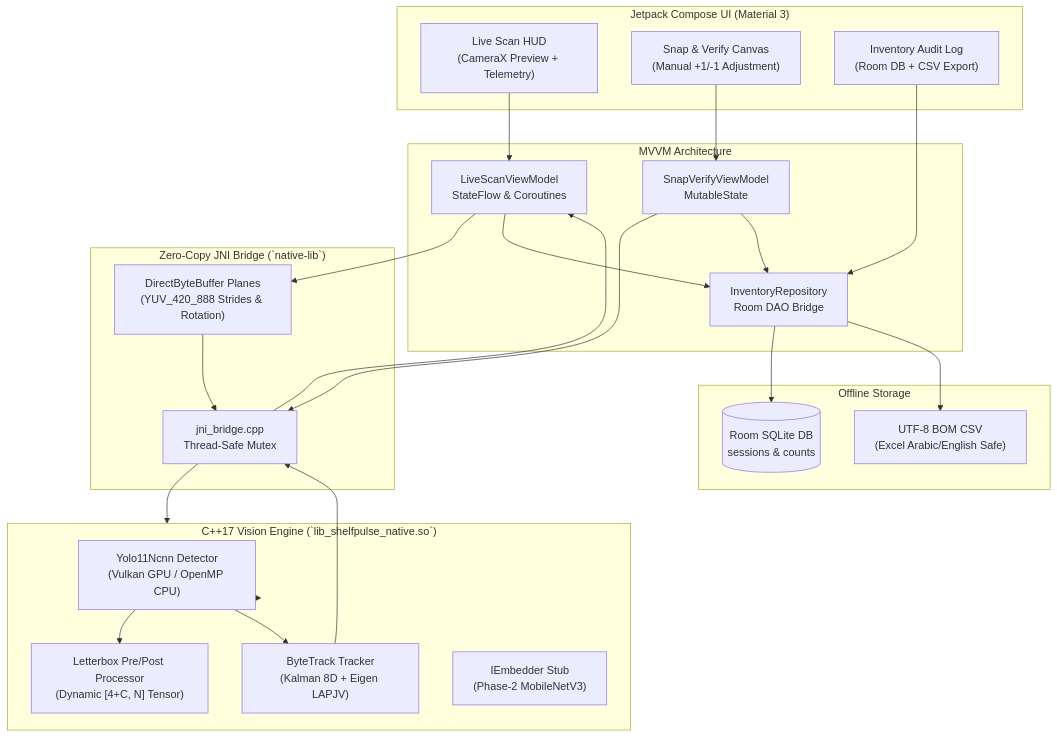
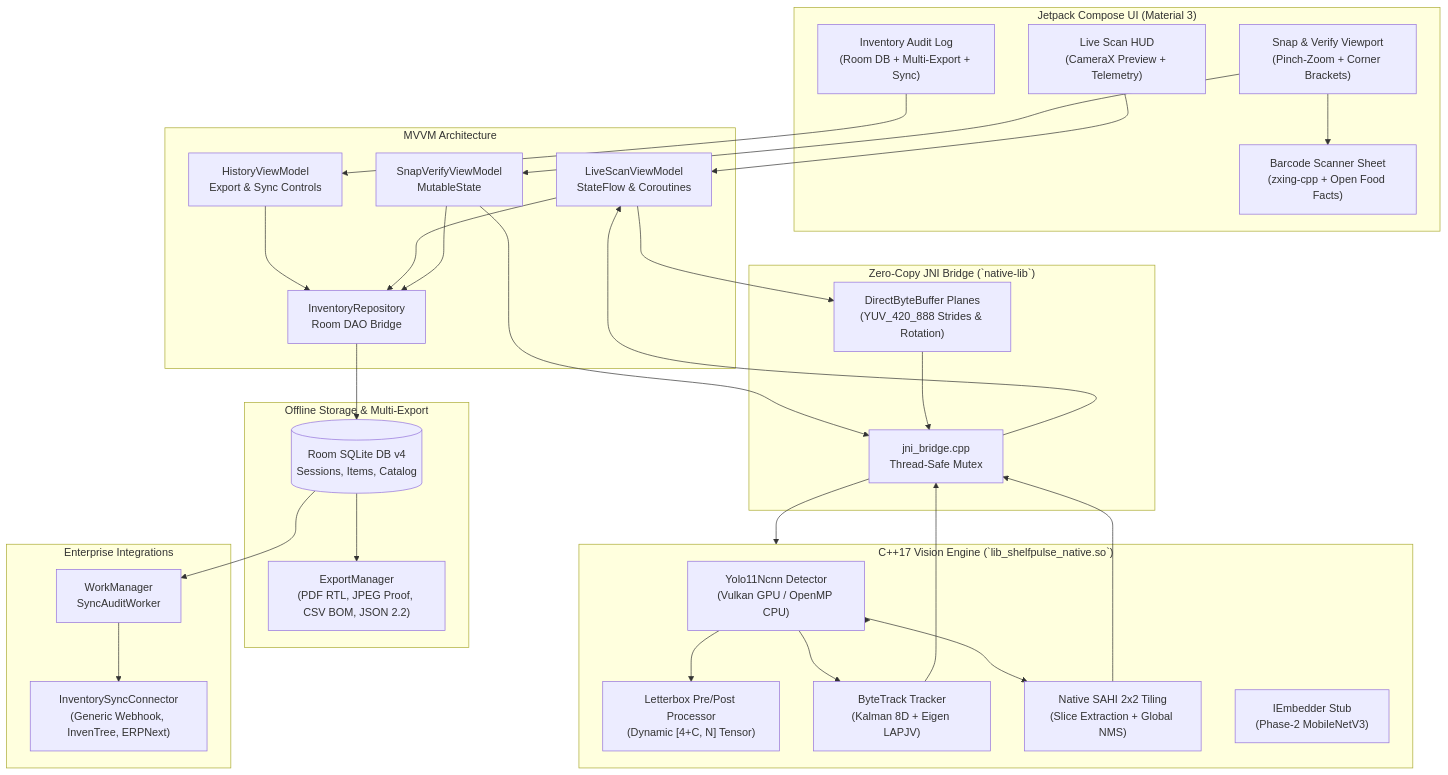
One commit to tahadeab-ai/shelf-pulse-ai changed the first of 3 diagrams in docs/ARCHITECTURE.md. Above: the diagram before and after it, drawn with Mermaid. The commit also changed other lines of this file and 22 other files, not shown here.

Commit message:
feat(sync,docs): add pluggable ERP/webhook connectors, WorkManager offline queue & model card (v2.2.0)

````diff
--- a/docs/ARCHITECTURE.md
+++ b/docs/ARCHITECTURE.md
@@ -9,48 +9,62 @@
 ```mermaid
 flowchart TD
     subgraph UI ["Jetpack Compose UI (Material 3)"]
         LiveScan["Live Scan HUD<br/>(CameraX Preview + Telemetry)"]
-        SnapVerify["Snap & Verify Canvas<br/>(Manual +1/-1 Adjustment)"]
-        History["Inventory Audit Log<br/>(Room DB + CSV Export)"]
+        SnapVerify["Snap & Verify Viewport<br/>(Pinch-Zoom + Corner Brackets)"]
+        BarcodeSheet["Barcode Scanner Sheet<br/>(zxing-cpp + Open Food Facts)"]
+        History["Inventory Audit Log<br/>(Room DB + Multi-Export + Sync)"]
     end
 
     subgraph State ["MVVM Architecture"]
         LiveVM["LiveScanViewModel<br/>StateFlow & Coroutines"]
         SnapVM["SnapVerifyViewModel<br/>MutableState"]
+        HistoryVM["HistoryViewModel<br/>Export & Sync Controls"]
         Repo["InventoryRepository<br/>Room DAO Bridge"]
     end
 
     subgraph JNI ["Zero-Copy JNI Bridge (`native-lib`)"]
         DirectBuf["DirectByteBuffer Planes<br/>(YUV_420_888 Strides & Rotation)"]
         JniBridge["jni_bridge.cpp<br/>Thread-Safe Mutex"]
     end
 
     subgraph NativeEngine ["C++17 Vision Engine (`lib_shelfpulse_native.so`)"]
         Yolo["Yolo11Ncnn Detector<br/>(Vulkan GPU / OpenMP CPU)"]
         Letterbox["Letterbox Pre/Post Processor<br/>(Dynamic [4+C, N] Tensor)"]
         ByteTrack["ByteTrack Tracker<br/>(Kalman 8D + Eigen LAPJV)"]
+        SAHI["Native SAHI 2x2 Tiling<br/>(Slice Extraction + Global NMS)"]
         Embedder["IEmbedder Stub<br/>(Phase-2 MobileNetV3)"]
     end
 
-    subgraph Persistence ["Offline Storage"]
-        RoomDB[("Room SQLite DB<br/>sessions & counts")]
-        CSV["UTF-8 BOM CSV<br/>(Excel Arabic/English Safe)"]
+    subgraph Persistence ["Offline Storage & Multi-Export"]
+        RoomDB[("Room SQLite DB v4<br/>Sessions, Items, Catalog")]
+        Exporter["ExportManager<br/>(PDF RTL, JPEG Proof, CSV BOM, JSON 2.2)"]
+    end
+
+    subgraph EnterpriseSync ["Enterprise Integrations"]
+        WorkMgr["WorkManager<br/>SyncAuditWorker"]
+        Connectors["InventorySyncConnector<br/>(Generic Webhook, InvenTree, ERPNext)"]
     end
 
     LiveScan --> LiveVM
     SnapVerify --> SnapVM
-    History --> Repo
+    SnapVerify --> BarcodeSheet
+    History --> HistoryVM
+    HistoryVM --> Repo
     LiveVM --> DirectBuf
     SnapVM --> JniBridge
     DirectBuf --> JniBridge
     JniBridge --> NativeEngine
     NativeEngine --> Yolo
     Yolo --> Letterbox
     Yolo --> ByteTrack
+    Yolo --> SAHI
     ByteTrack --> JniBridge
+    SAHI --> JniBridge
     JniBridge --> LiveVM
     LiveVM --> Repo
     SnapVM --> Repo
     Repo --> RoomDB
-    Repo --> CSV
+    RoomDB --> Exporter
+    RoomDB --> WorkMgr
+    WorkMgr --> Connectors
 ```
````
